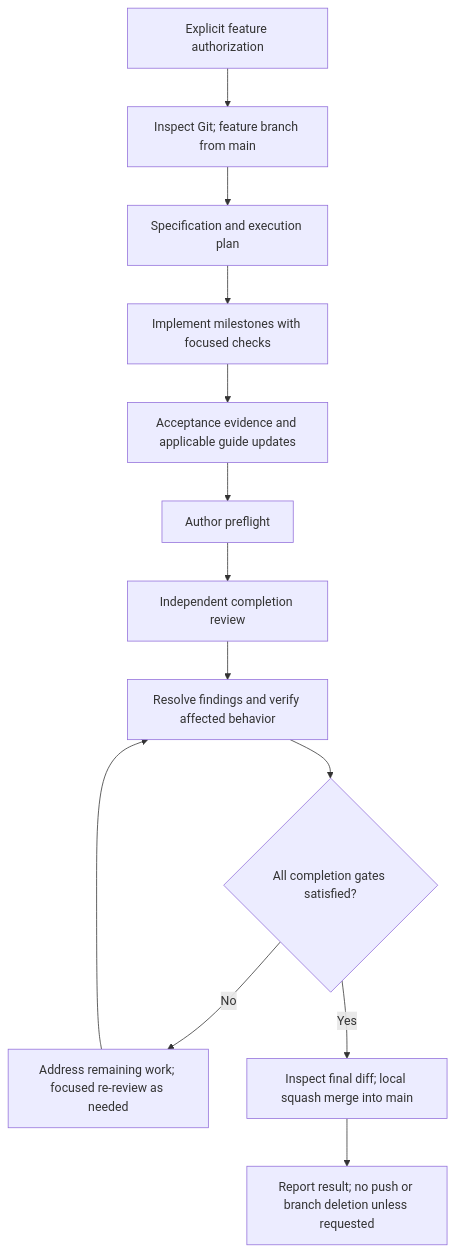
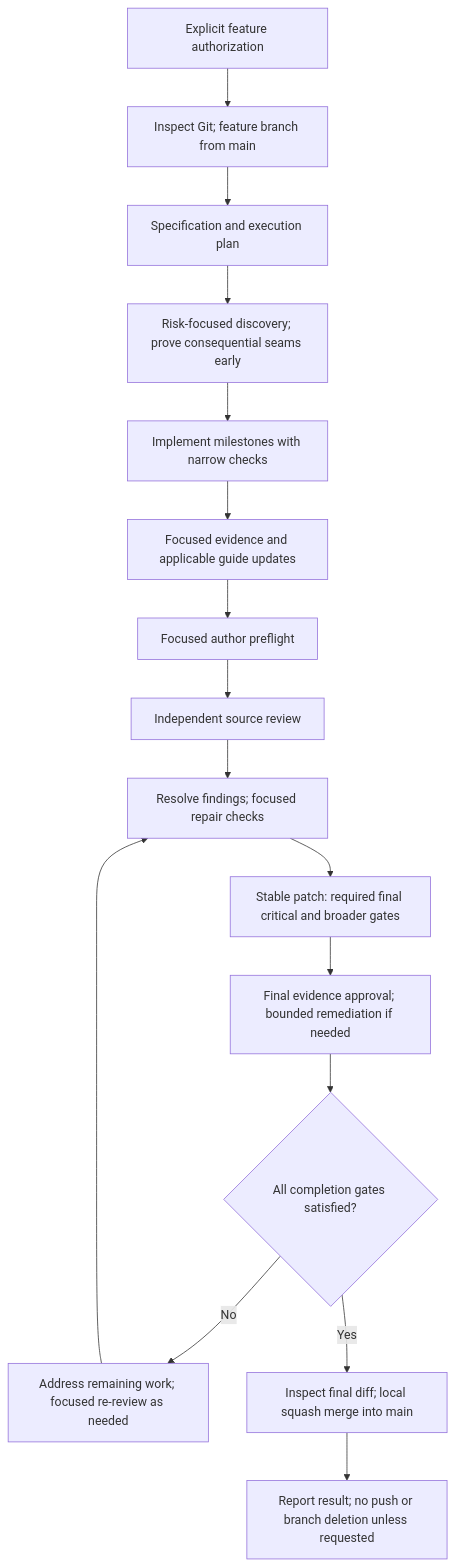
One commit to nickotov/languon-platform changed the fourth of 7 diagrams in docs/agentic-workflow-handbook.md. Above: the diagram before and after it, drawn with Mermaid. The commit also changed other lines of this file and 24 other files, not shown here.

Commit message:
Stage development checks before final critical verification

````diff
--- a/docs/agentic-workflow-handbook.md
+++ b/docs/agentic-workflow-handbook.md
@@ -173,15 +178,18 @@
 ```mermaid
 flowchart TD
     A[Explicit feature authorization] --> B[Inspect Git; feature branch from main]
     B --> S[Specification and execution plan]
-    S --> I[Implement milestones with focused checks]
-    I --> E[Acceptance evidence and applicable guide updates]
-    E --> P[Author preflight]
-    P --> R[Independent completion review]
-    R --> Fix[Resolve findings and verify affected behavior]
-    Fix --> Done{All completion gates satisfied?}
+    S --> D[Risk-focused discovery; prove consequential seams early]
+    D --> I[Implement milestones with narrow checks]
+    I --> E[Focused evidence and applicable guide updates]
+    E --> P[Focused author preflight]
+    P --> R[Independent source review]
+    R --> Fix[Resolve findings; focused repair checks]
+    Fix --> Gate[Stable patch: required final critical and broader gates]
+    Gate --> V[Final evidence approval; bounded remediation if needed]
+    V --> Done{All completion gates satisfied?}
     Done -->|No| Work[Address remaining work; focused re-review as needed]
     Work --> Fix
     Done -->|Yes| Merge[Inspect final diff; local squash merge into main]
     Merge --> H[Report result; no push or branch deletion unless requested]
 ```
````
